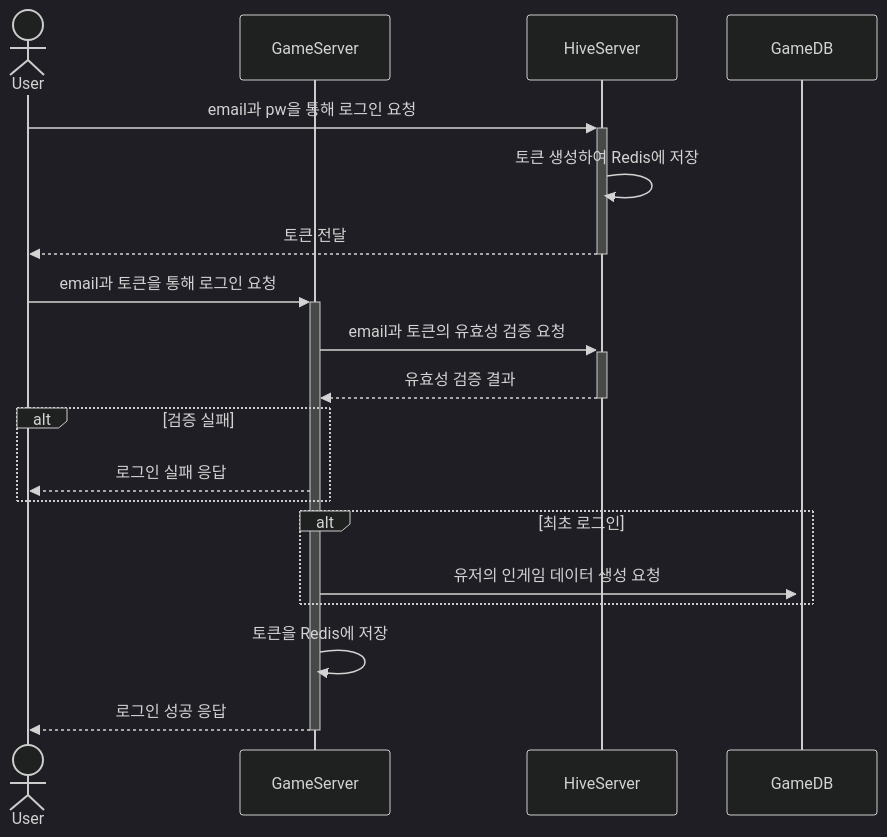
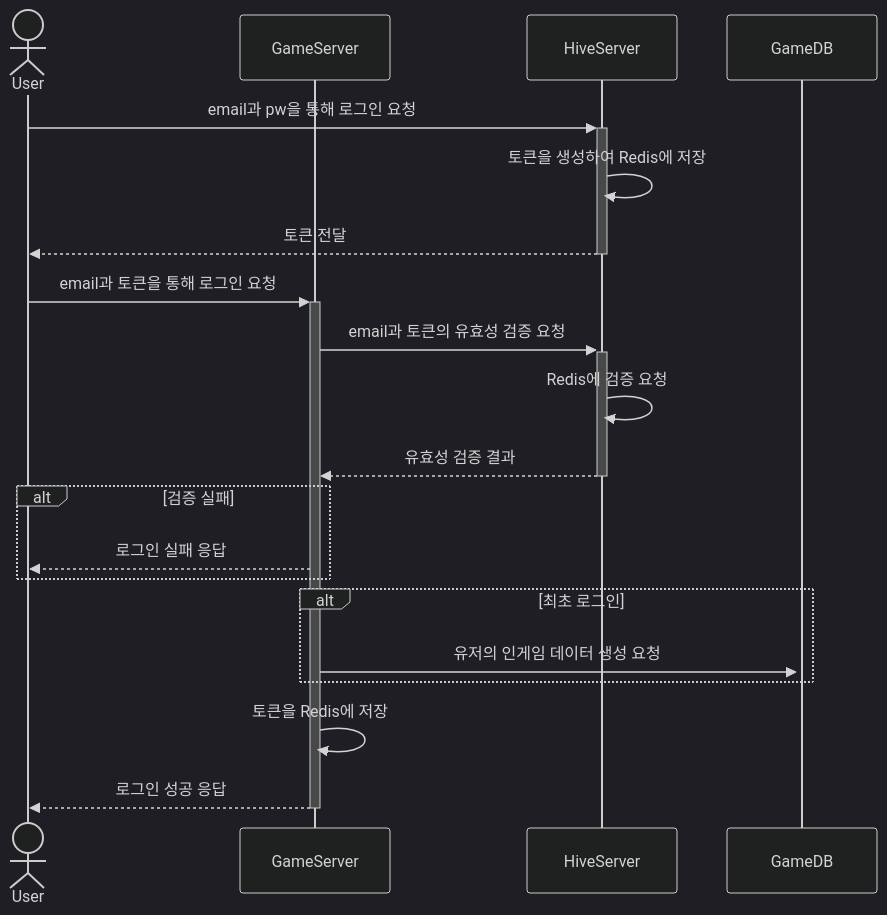
One commit to grace7040/Online-Omok-Server changed the first of 2 diagrams in SequenceDiagram.md. Above: the diagram before and after it, drawn with Mermaid (dark theme).

Commit message:
Docs: Sequence Diagram 수정

````diff
--- a/SequenceDiagram.md
+++ b/SequenceDiagram.md
@@ -2,22 +2,23 @@
 ```mermaid
 sequenceDiagram
     actor User
     participant GameServer
     participant HiveServer
     participant GameDB
 
     User->>+HiveServer: email과 pw을 통해 로그인 요청
-    HiveServer->>HiveServer: 토큰 생성하여 Redis에 저장
+    HiveServer->>HiveServer: 토큰을 생성하여 Redis에 저장
     HiveServer-->>-User: 토큰 전달
     User->>+GameServer: email과 토큰을 통해 로그인 요청
     GameServer->>+HiveServer: email과 토큰의 유효성 검증 요청
+    HiveServer->>HiveServer: Redis에 검증 요청
     HiveServer-->>-GameServer: 유효성 검증 결과
     alt 검증 실패
         GameServer-->>User: 로그인 실패 응답
     end
     alt 최초 로그인
         GameServer->>+GameDB: 유저의 인게임 데이터 생성 요청
     end
     GameServer->>GameServer: 토큰을 Redis에 저장
     GameServer-->>-User: 로그인 성공 응답
 ```
````
